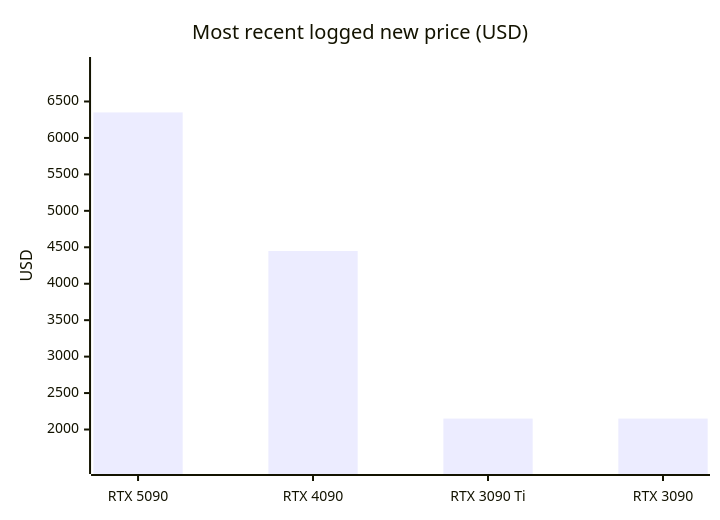
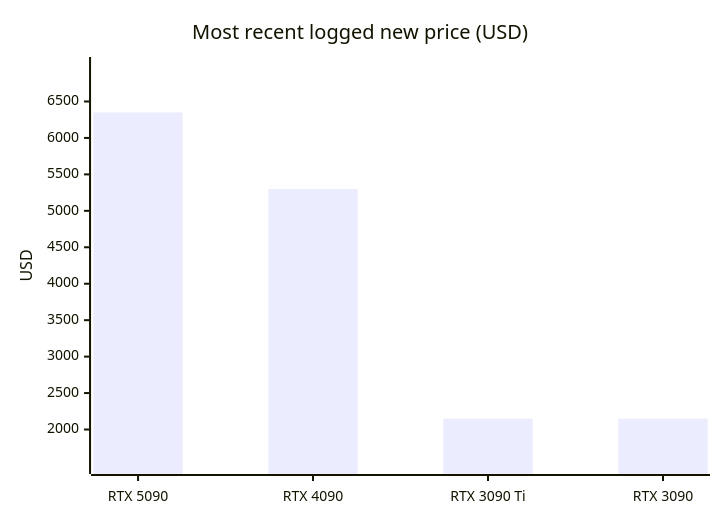
Before and after one commit to 7324136828/4tb_ssd_price_watch: the fifth of 18 diagrams in README.md, drawn with Mermaid. The commit also changed other lines of this file, not shown here.

````diff
--- a/README.md
+++ b/README.md
@@ -991,7 +1019,7 @@
 ```mermaid
 xychart-beta
     title "Most recent logged new price (USD)"
     x-axis ["RTX 5090", "RTX 4090", "RTX 3090 Ti", "RTX 3090"]
     y-axis "USD" 1520 --> 6980
-    bar [6349.99, 4449.00, 2150.00, 2150.00]
+    bar [6349.99, 5300.00, 2150.00, 2150.00]
 ```
````
